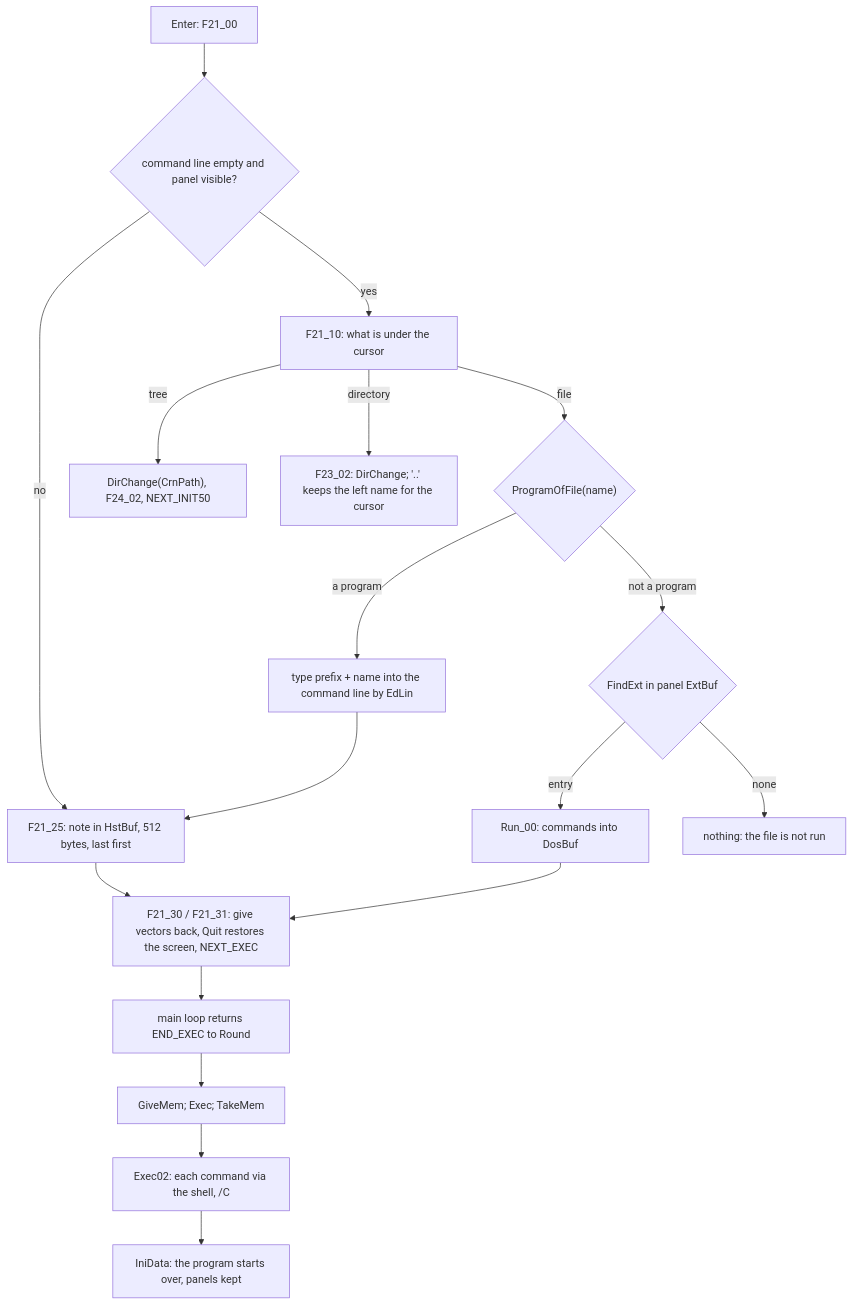
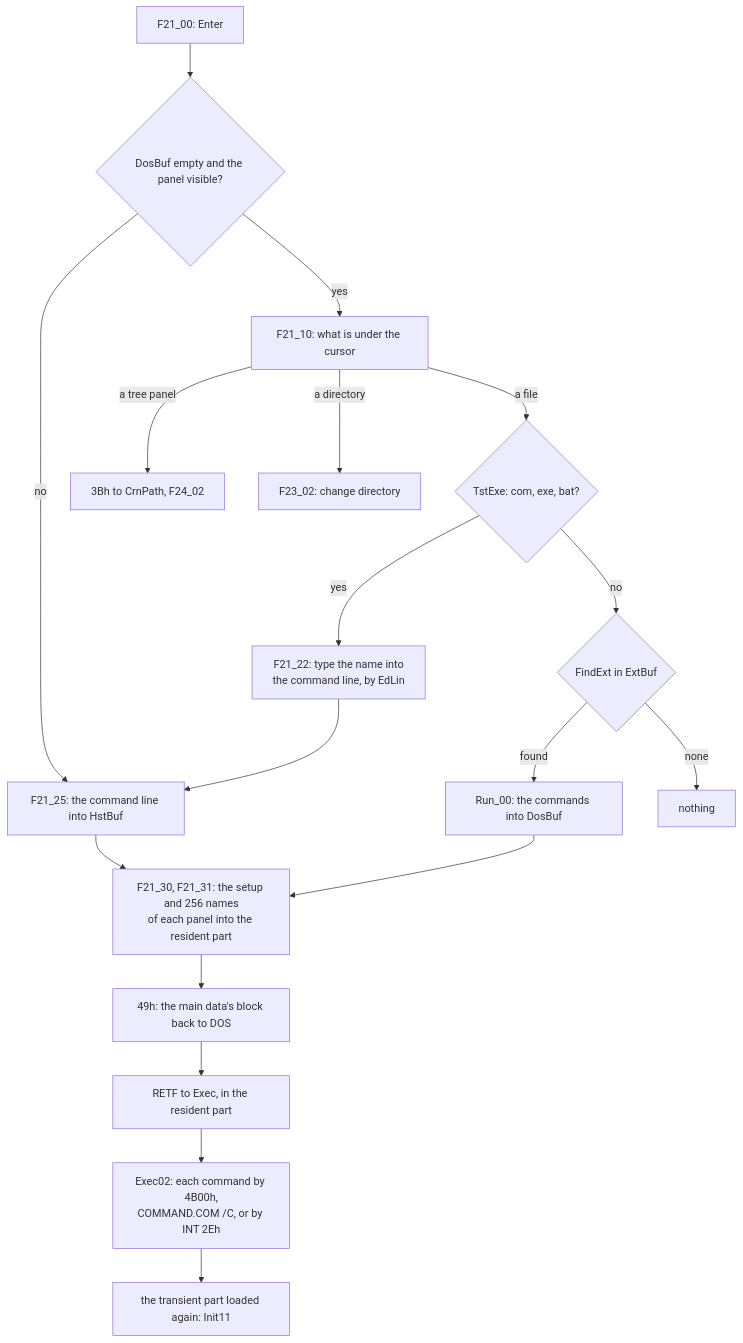
One commit to mmotorny/vibe_commander changed the fourth of 4 diagrams in docs/design/02-the-features.md. Above: the diagram before and after it, drawn with Mermaid. The commit also changed other lines of this file, not shown here.

````diff
--- a/docs/design/02-the-features.md
+++ b/docs/design/02-the-features.md
@@ -960,20 +1408,20 @@
 ```mermaid
 flowchart TD
-    E["Enter: F21_00"] --> CL{"command line empty and panel visible?"}
-    CL -- "no" --> H["F21_25: note in HstBuf, 512 bytes, last first"]
+    E["F21_00: Enter"] --> CL{"DosBuf empty and the panel visible?"}
+    CL -- "no" --> H["F21_25: the command line into HstBuf"]
     CL -- "yes" --> F["F21_10: what is under the cursor"]
-    F -- "tree" --> TDIR["DirChange(CrnPath), F24_02, NEXT_INIT50"]
-    F -- "directory" --> GD["F23_02: DirChange; '..' keeps the left name for the cursor"]
-    F -- "file" --> PF{"ProgramOfFile(name)"}
-    PF -- "a program" --> TY["type prefix + name into the command line by EdLin"]
+    F -- "a tree panel" --> TD1["3Bh to CrnPath, F24_02"]
+    F -- "a directory" --> GD["F23_02: change directory"]
+    F -- "a file" --> PX{"TstExe: com, exe, bat?"}
+    PX -- "yes" --> TY["F21_22: type the name into<br/>the command line, by EdLin"]
     TY --> H
-    PF -- "not a program" --> EXT{"FindExt in panel ExtBuf"}
-    EXT -- "entry" --> RUN["Run_00: commands into DosBuf"]
+    PX -- "no" --> EXT{"FindExt in ExtBuf"}
+    EXT -- "found" --> RUN["Run_00: the commands into DosBuf"]
+    EXT -- "none" --> NO["nothing"]
     RUN --> X
-    EXT -- "none" --> OPEN["nothing: the file is not run"]
-    H --> X["F21_30 / F21_31: give vectors back, Quit restores the screen, NEXT_EXEC"]
-    X --> L["main loop returns END_EXEC to Round"]
-    L --> G["GiveMem; Exec; TakeMem"]
-    G --> R["Exec02: each command via the shell, /C"]
-    R --> I["IniData: the program starts over, panels kept"]
+    H --> X["F21_30, F21_31: the setup and 256 names<br/>of each panel into the resident part"]
+    X --> FR["49h: the main data's block back to DOS"]
+    FR --> EX["RETF to Exec, in the resident part"]
+    EX --> SH["Exec02: each command by 4B00h,<br/>COMMAND.COM /C, or by INT 2Eh"]
+    SH --> RL["the transient part loaded again: Init11"]
 ```
````
